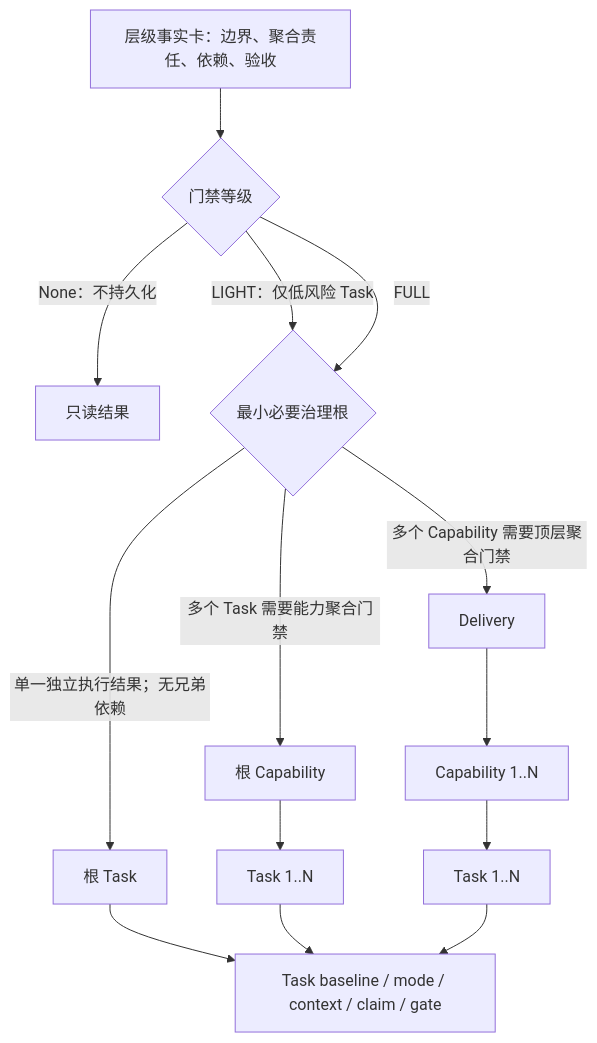
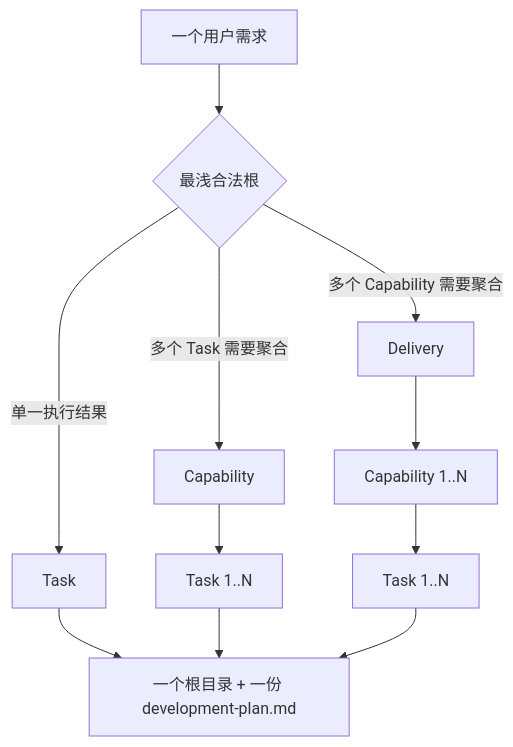
Before and after one commit to feng123321li/gated-ai-dev-loop: the first of 2 diagrams in skills/hierarchical-delivery-governance/references/workflow.md, drawn with Mermaid. The commit also changed other lines of this file and 34 other files, not shown here.

````diff
--- a/skills/hierarchical-delivery-governance/references/workflow.md
+++ b/skills/hierarchical-delivery-governance/references/workflow.md
@@ -21,16 +21,13 @@
 ```mermaid
 flowchart TD
-    A["层级事实卡：边界、聚合责任、依赖、验收"] --> L{"门禁等级"}
-    L -->|"None：不持久化"| N["只读结果"]
-    L -->|"LIGHT：仅低风险 Task"| B{"最小必要治理根"}
-    L -->|"FULL"| B
-    B -->|"单一独立执行结果；无兄弟依赖"| T["根 Task"]
-    B -->|"多个 Task 需要能力聚合门禁"| C["根 Capability"]
-    B -->|"多个 Capability 需要顶层聚合门禁"| D["Delivery"]
+    A["一个用户需求"] --> R{"最浅合法根"}
+    R -->|"单一执行结果"| T["Task"]
+    R -->|"多个 Task 需要聚合"| C["Capability"]
+    R -->|"多个 Capability 需要聚合"| D["Delivery"]
     C --> CT["Task 1..N"]
     D --> DC["Capability 1..N"]
     DC --> DT["Task 1..N"]
-    T --> G["Task baseline / mode / context / claim / gate"]
-    CT --> G
-    DT --> G
+    T --> P["一个根目录 + 一份 development-plan.md"]
+    CT --> P
+    DT --> P
 ```
````
